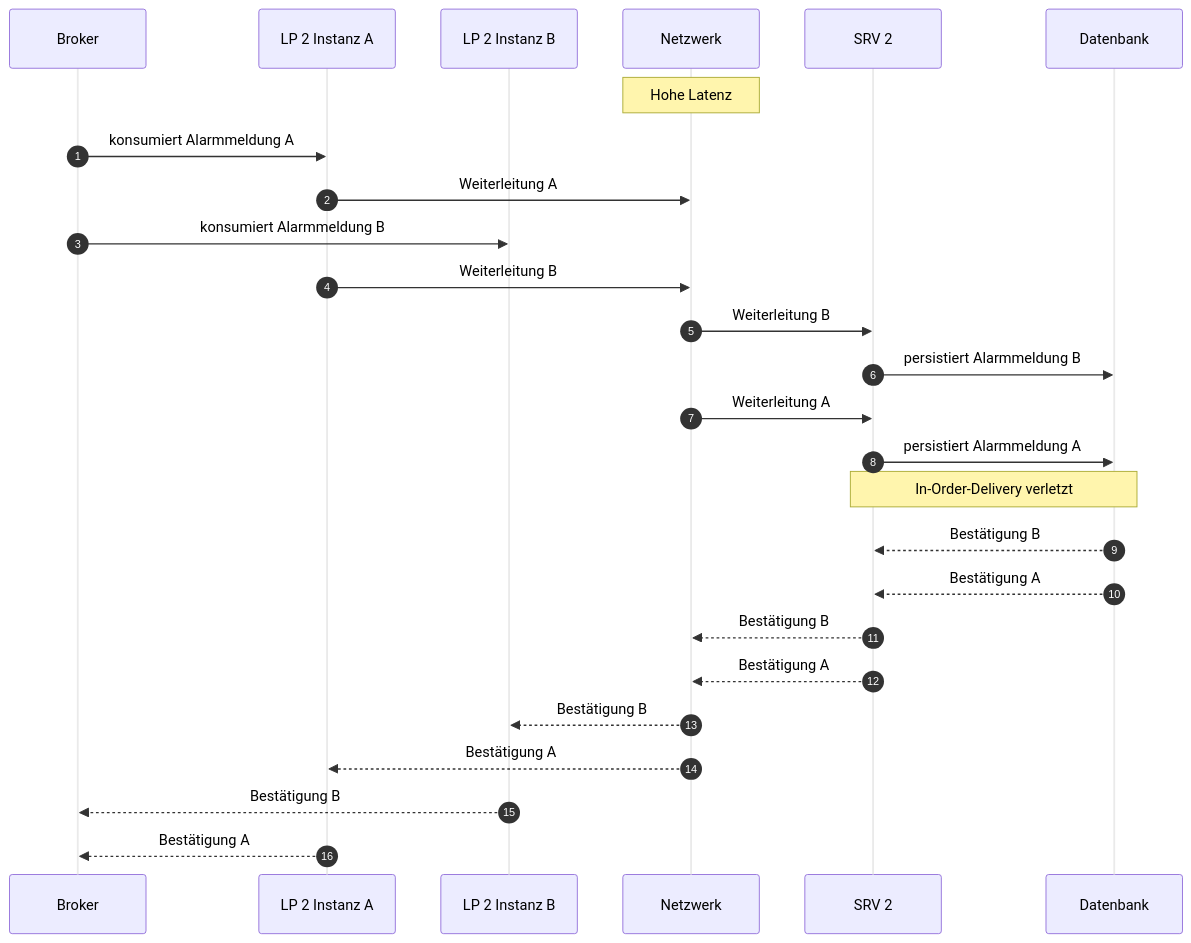
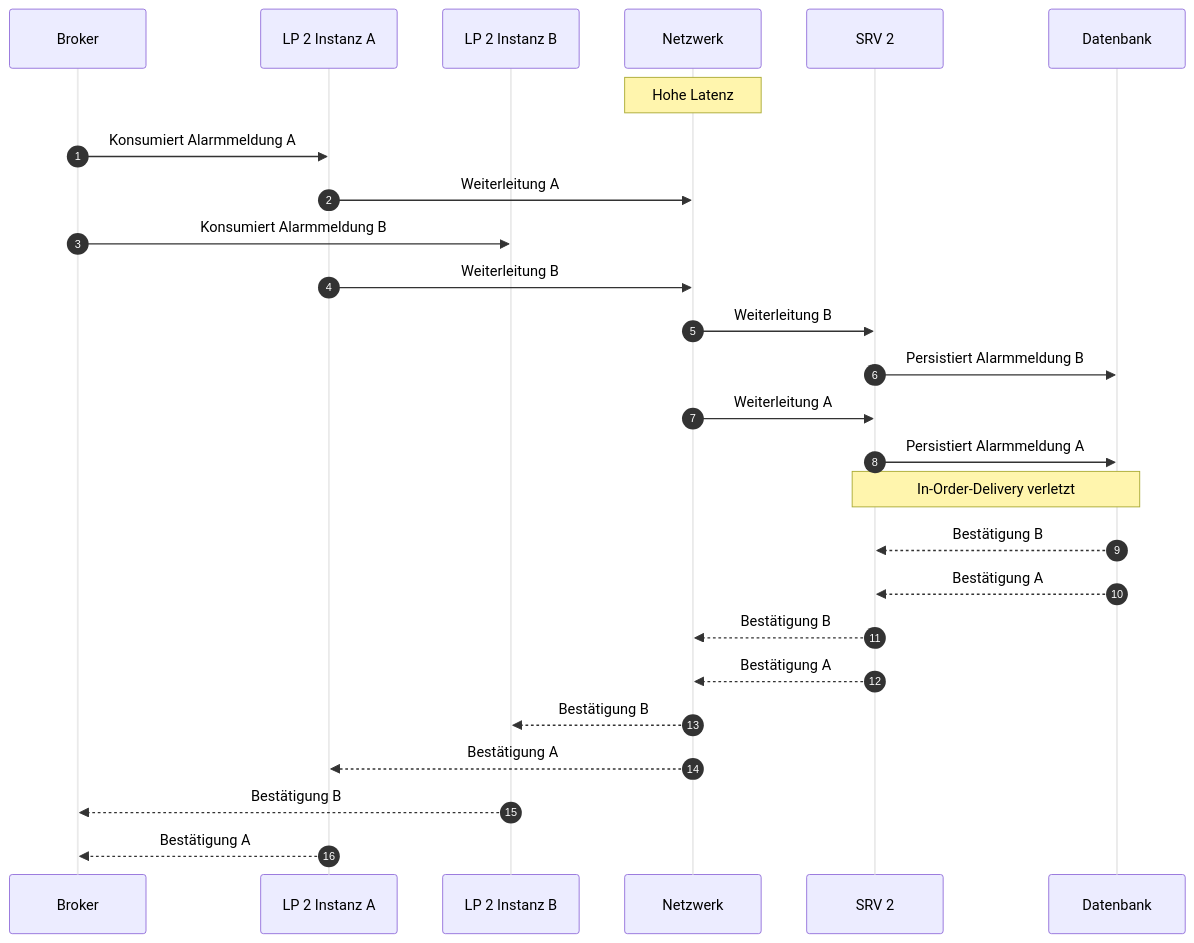
One commit to JadKHaddad/MT changed the diagram in mermaid/lps_in_order_delivery_violation_sequence.mmd. Above: the diagram before and after it, drawn with Mermaid. The commit also changed 17 other files, not shown here.

Commit message:
fix typo in mermaid

```diff
--- a/mermaid/lps_in_order_delivery_violation_sequence.mmd
+++ b/mermaid/lps_in_order_delivery_violation_sequence.mmd
@@ -1,34 +1,34 @@
 %%{init: { 'themeVariables': { 'actorLineColor': '#EAEAEA', 'signalTextColor': '#000000' } } }%%
 sequenceDiagram
     autonumber
     participant B as Broker
     participant L1 as LP 2 Instanz A
     participant L2 as LP 2 Instanz B
     participant NET as Netzwerk
     participant S as SRV 2
     participant DB as Datenbank
     
     Note over NET: Hohe Latenz
 
-    B->>L1: konsumiert Alarmmeldung A
+    B->>L1: Konsumiert Alarmmeldung A
     L1->>NET: Weiterleitung A
 
-    B->>L2: konsumiert Alarmmeldung B
+    B->>L2: Konsumiert Alarmmeldung B
     L1->>NET: Weiterleitung B
 
     NET->>S: Weiterleitung B
-    S->>DB: persistiert Alarmmeldung B
+    S->>DB: Persistiert Alarmmeldung B
 
     NET->>S: Weiterleitung A
-    S->>DB: persistiert Alarmmeldung A
+    S->>DB: Persistiert Alarmmeldung A
 
     Note over S,DB: In-Order-Delivery verletzt
 
     DB-->>S: Bestätigung B
     DB-->>S: Bestätigung A
     S-->>NET: Bestätigung B
     S-->>NET: Bestätigung A
     NET-->>L2: Bestätigung B
     NET-->>L1: Bestätigung A
     L2-->>B: Bestätigung B
     L1-->>B: Bestätigung A
```
